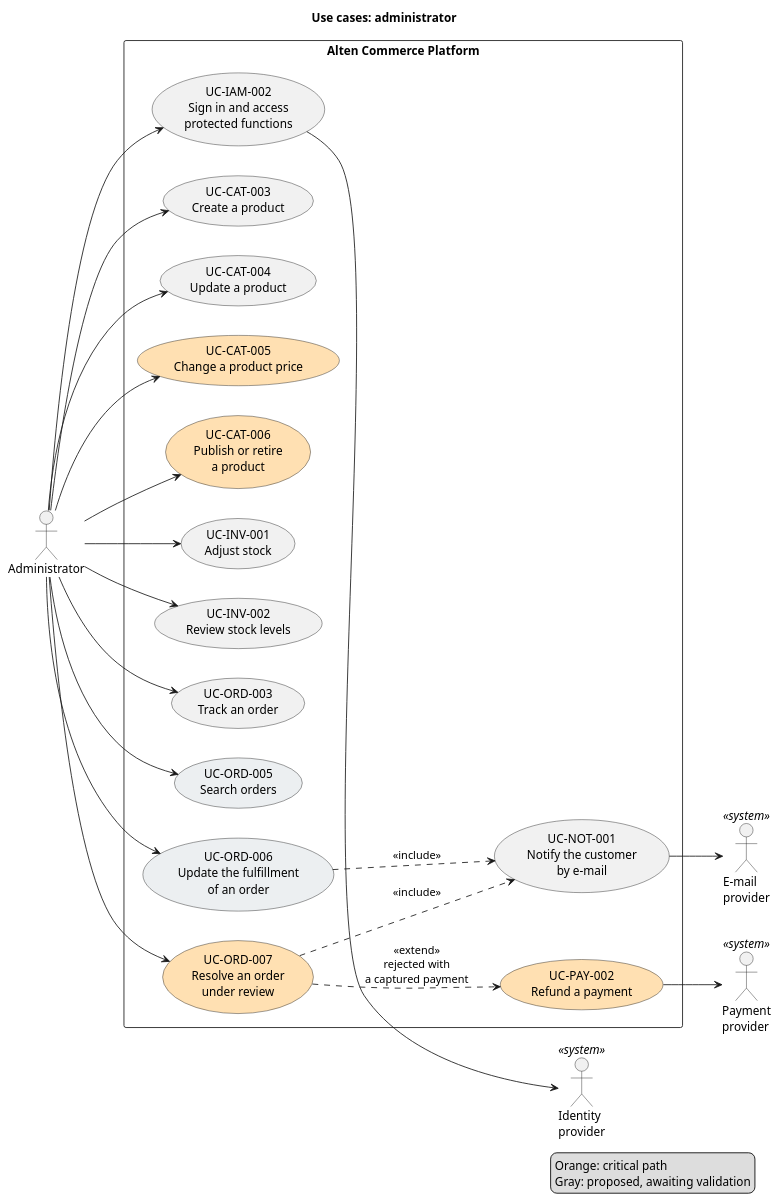
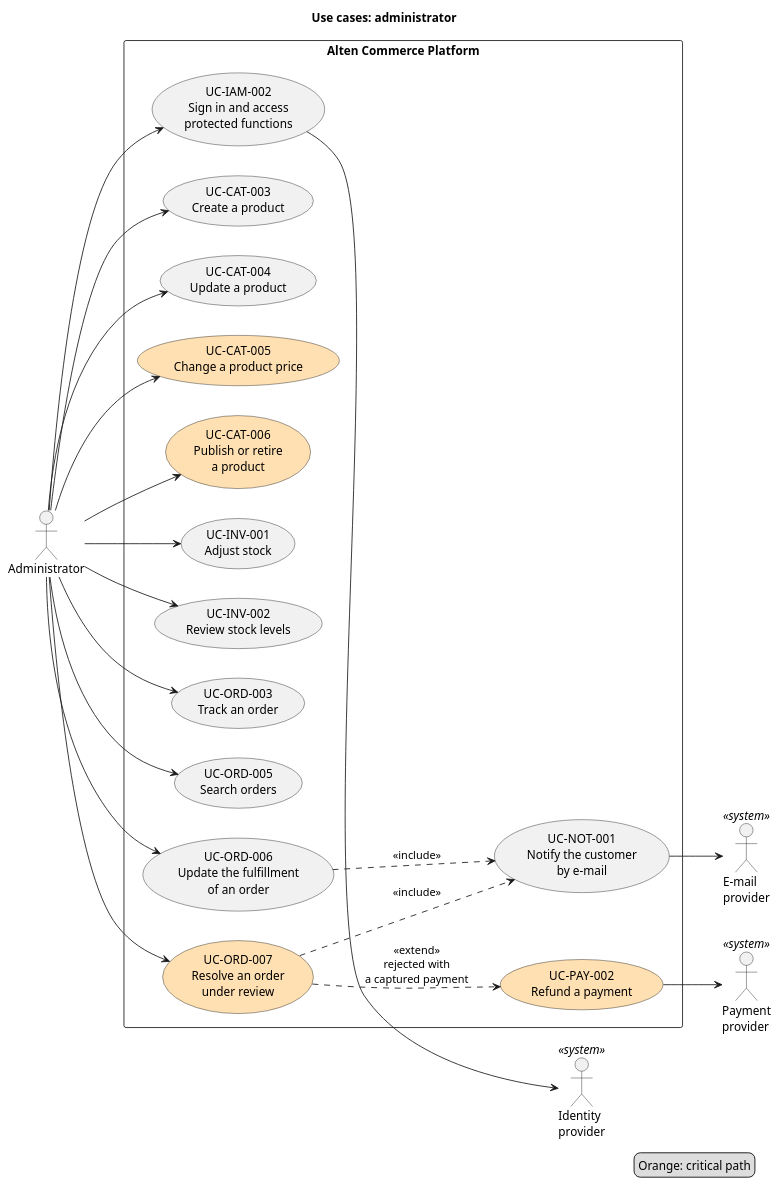
One commit to AxeloLabs/alten-commerce-platform changed the diagram in doc/2-spec/01-business-needs/diagrams/use-cases-administrator.puml. Above: the diagram before and after it, drawn with PlantUML. The commit also changed 14 other files, not shown here.

```diff
--- a/doc/2-spec/01-business-needs/diagrams/use-cases-administrator.puml
+++ b/doc/2-spec/01-business-needs/diagrams/use-cases-administrator.puml
@@ -1,52 +1,51 @@
 @startuml
 title Use cases: administrator
 
 left to right direction
 
 actor Administrator as A
 
 rectangle "Alten Commerce Platform" {
   usecase "UC-IAM-002\nSign in and access\nprotected functions" as IAM2
   usecase "UC-CAT-003\nCreate a product" as CAT3
   usecase "UC-CAT-004\nUpdate a product" as CAT4
   usecase "UC-CAT-005\nChange a product price" as CAT5 #FFE0B2
   usecase "UC-CAT-006\nPublish or retire\na product" as CAT6 #FFE0B2
   usecase "UC-INV-001\nAdjust stock" as INV1
   usecase "UC-INV-002\nReview stock levels" as INV2
   usecase "UC-ORD-003\nTrack an order" as ORD3
-  usecase "UC-ORD-005\nSearch orders" as ORD5 #ECEFF1
-  usecase "UC-ORD-006\nUpdate the fulfillment\nof an order" as ORD6 #ECEFF1
+  usecase "UC-ORD-005\nSearch orders" as ORD5
+  usecase "UC-ORD-006\nUpdate the fulfillment\nof an order" as ORD6
   usecase "UC-ORD-007\nResolve an order\nunder review" as ORD7 #FFE0B2
   usecase "UC-PAY-002\nRefund a payment" as PAY2 #FFE0B2
   usecase "UC-NOT-001\nNotify the customer\nby e-mail" as NOT1
 }
 
 actor "Identity\nprovider" as IDP <<system>>
 actor "Payment\nprovider" as PSP <<system>>
 actor "E-mail\nprovider" as MAIL <<system>>
 
 A --> IAM2
 A --> CAT3
 A --> CAT4
 A --> CAT5
 A --> CAT6
 A --> INV1
 A --> INV2
 A --> ORD3
 A --> ORD5
 A --> ORD6
 A --> ORD7
 
 ORD6 ..> NOT1 : <<include>>
 ORD7 ..> PAY2 : <<extend>>\nrejected with\na captured payment
 ORD7 ..> NOT1 : <<include>>
 
 IAM2 --> IDP
 PAY2 --> PSP
 NOT1 --> MAIL
 
 legend right
   Orange: critical path
-  Gray: proposed, awaiting validation
 endlegend
 @enduml
```
